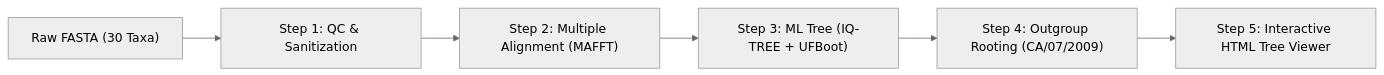
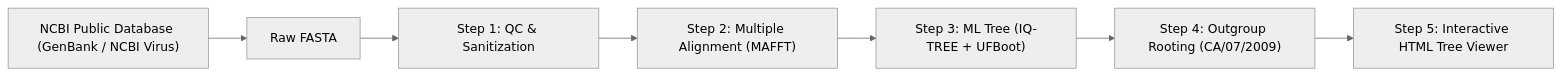
The diagram in TUTORIAL_ANTIGRAVITY_H1N1.md (yngong/from-seq-to-tree), drawn with Mermaid (neutral theme) before and after one commit. The commit also changed other lines of this file and 3 other files, not shown here.

Commit message:
docs & feat: Explicitly detail searching and downloading from NCBI public database with prompts and script

````diff
--- a/TUTORIAL_ANTIGRAVITY_H1N1.md
+++ b/TUTORIAL_ANTIGRAVITY_H1N1.md
@@ -34,8 +34,9 @@
 ```mermaid
 flowchart LR
-    A["Raw FASTA (30 Taxa)"] --> B["Step 1: QC & Sanitization"]
+    A0["NCBI Public Database (GenBank / NCBI Virus)"] --> A["Raw FASTA"]
+    A --> B["Step 1: QC & Sanitization"]
     B --> C["Step 2: Multiple Alignment (MAFFT)"]
     C --> D["Step 3: ML Tree (IQ-TREE + UFBoot)"]
     D --> E["Step 4: Outgroup Rooting (CA/07/2009)"]
     E --> F["Step 5: Interactive HTML Tree Viewer"]
 ```
````
